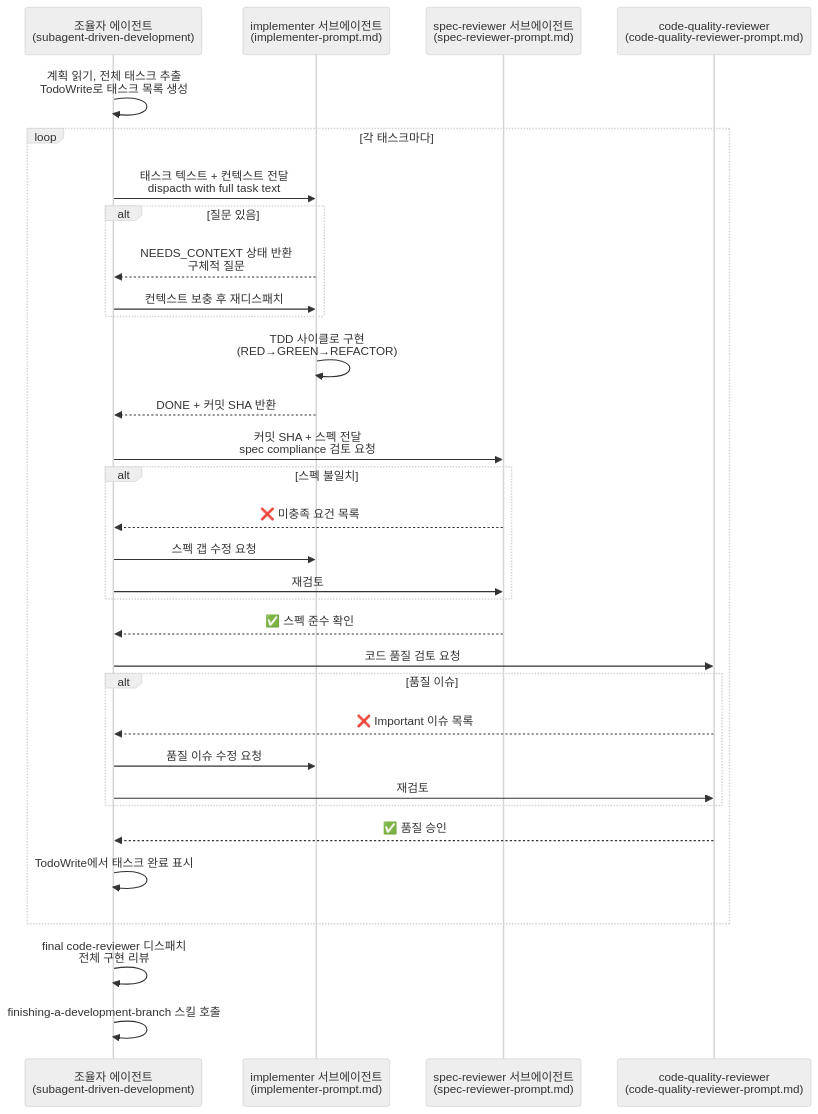
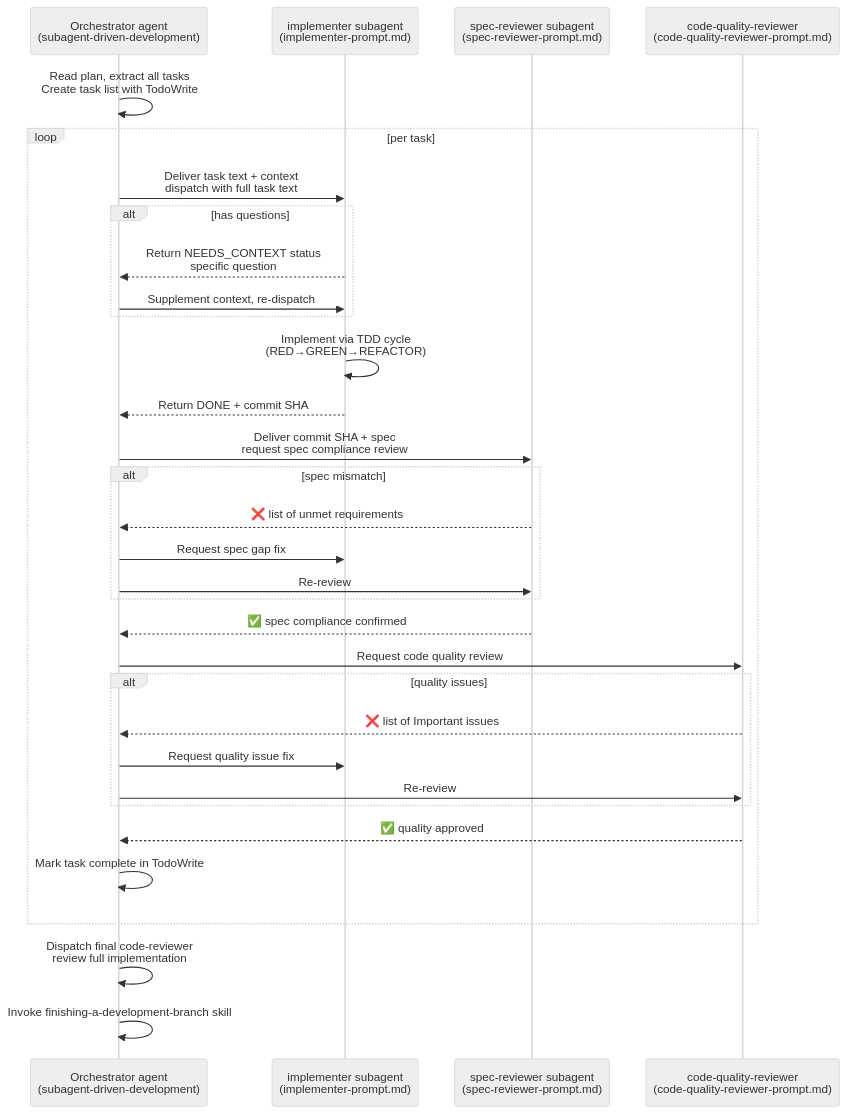
The second of 2 diagrams in design/reference/superpowers.md (wonjinsin/harness-flow), drawn with Mermaid (neutral theme) before and after one commit. The commit also changed other lines of this file and 28 other files, not shown here.

First line of the commit message:
feat: scaffold harness-flow Claude Code plugin and rename skill suite

````diff
--- a/design/reference/superpowers.md
+++ b/design/reference/superpowers.md
@@ -308,40 +323,40 @@
 ```mermaid
 sequenceDiagram
-    participant C as 조율자 에이전트<br/>(subagent-driven-development)
-    participant I as implementer 서브에이전트<br/>(implementer-prompt.md)
-    participant SR as spec-reviewer 서브에이전트<br/>(spec-reviewer-prompt.md)
+    participant C as Orchestrator agent<br/>(subagent-driven-development)
+    participant I as implementer subagent<br/>(implementer-prompt.md)
+    participant SR as spec-reviewer subagent<br/>(spec-reviewer-prompt.md)
     participant QR as code-quality-reviewer<br/>(code-quality-reviewer-prompt.md)
 
-    C->>C: 계획 읽기, 전체 태스크 추출<br/>TodoWrite로 태스크 목록 생성
+    C->>C: Read plan, extract all tasks<br/>Create task list with TodoWrite
     
-    loop 각 태스크마다
-        C->>I: 태스크 텍스트 + 컨텍스트 전달<br/>dispacth with full task text
-        alt 질문 있음
-            I-->>C: NEEDS_CONTEXT 상태 반환<br/>구체적 질문
-            C->>I: 컨텍스트 보충 후 재디스패치
+    loop per task
+        C->>I: Deliver task text + context<br/>dispatch with full task text
+        alt has questions
+            I-->>C: Return NEEDS_CONTEXT status<br/>specific question
+            C->>I: Supplement context, re-dispatch
         end
-        I->>I: TDD 사이클로 구현<br/>(RED→GREEN→REFACTOR)
-        I-->>C: DONE + 커밋 SHA 반환
+        I->>I: Implement via TDD cycle<br/>(RED→GREEN→REFACTOR)
+        I-->>C: Return DONE + commit SHA
         
-        C->>SR: 커밋 SHA + 스펙 전달<br/>spec compliance 검토 요청
-        alt 스펙 불일치
-            SR-->>C: ❌ 미충족 요건 목록
-            C->>I: 스펙 갭 수정 요청
-            C->>SR: 재검토
+        C->>SR: Deliver commit SHA + spec<br/>request spec compliance review
+        alt spec mismatch
+            SR-->>C: ❌ list of unmet requirements
+            C->>I: Request spec gap fix
+            C->>SR: Re-review
         end
-        SR-->>C: ✅ 스펙 준수 확인
+        SR-->>C: ✅ spec compliance confirmed
         
-        C->>QR: 코드 품질 검토 요청
-        alt 품질 이슈
-            QR-->>C: ❌ Important 이슈 목록
-            C->>I: 품질 이슈 수정 요청
-            C->>QR: 재검토
+        C->>QR: Request code quality review
+        alt quality issues
+            QR-->>C: ❌ list of Important issues
+            C->>I: Request quality issue fix
+            C->>QR: Re-review
         end
-        QR-->>C: ✅ 품질 승인
+        QR-->>C: ✅ quality approved
         
-        C->>C: TodoWrite에서 태스크 완료 표시
+        C->>C: Mark task complete in TodoWrite
     end
     
-    C->>C: final code-reviewer 디스패치<br/>전체 구현 리뷰
-    C->>C: finishing-a-development-branch 스킬 호출
+    C->>C: Dispatch final code-reviewer<br/>review full implementation
+    C->>C: Invoke finishing-a-development-branch skill
 ```
````
